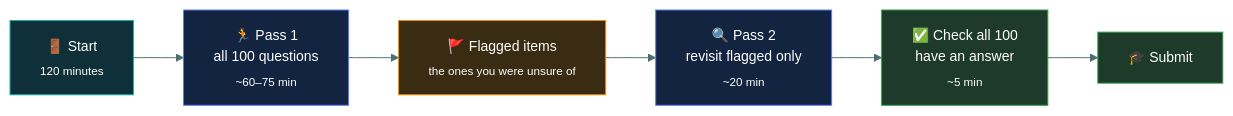
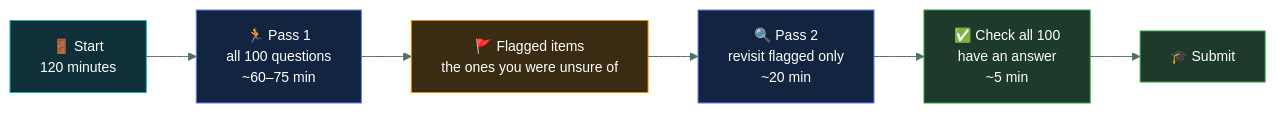
One commit to tarunTejaDesireddy/cc-exam-prep changed the diagram in 00-foundations/how-the-exam-works/README.md. Above: the diagram before and after it, drawn with Mermaid. The commit also changed 15 other files, not shown here.

First line of the commit message:
Fix clipped mermaid labels repo-wide; add privacy topic

````diff
--- a/00-foundations/how-the-exam-works/README.md
+++ b/00-foundations/how-the-exam-works/README.md
@@ -67,16 +67,16 @@
 ```mermaid
 %%{init: {'theme':'base','themeVariables':{'fontSize':'14px','lineColor':'#4d6f6e','textColor':'#dbe7e6'}}}%%
 flowchart LR
-    S["🚪 Start<br/><sub>120 minutes</sub>"] --> P1["🏃 Pass 1<br/>all 100 questions<br/><sub>~60–75 min</sub>"]
-    P1 --> F["🚩 Flagged items<br/><sub>the ones you were unsure of</sub>"]
-    F --> P2["🔍 Pass 2<br/>revisit flagged only<br/><sub>~20 min</sub>"]
-    P2 --> C["✅ Check all 100<br/>have an answer<br/><sub>~5 min</sub>"]
+    S["🚪 Start<br/>120 minutes"] --> P1["🏃 Pass 1<br/>all 100 questions<br/>~60–75 min"]
+    P1 --> F["🚩 Flagged items<br/>the ones you were unsure of"]
+    F --> P2["🔍 Pass 2<br/>revisit flagged only<br/>~20 min"]
+    P2 --> C["✅ Check all 100<br/>have an answer<br/>~5 min"]
     C --> E["🎓 Submit"]
 
     style S fill:#0f3038,stroke:#12B5A5,color:#fff
     style P1 fill:#12243f,stroke:#5C7CFA,color:#fff
     style F fill:#3a2c12,stroke:#F08C00,color:#fff
     style P2 fill:#12243f,stroke:#5C7CFA,color:#fff
     style C fill:#1d3a2a,stroke:#2F9E44,color:#fff
     style E fill:#1d3a2a,stroke:#2F9E44,color:#fff
 ```
````
